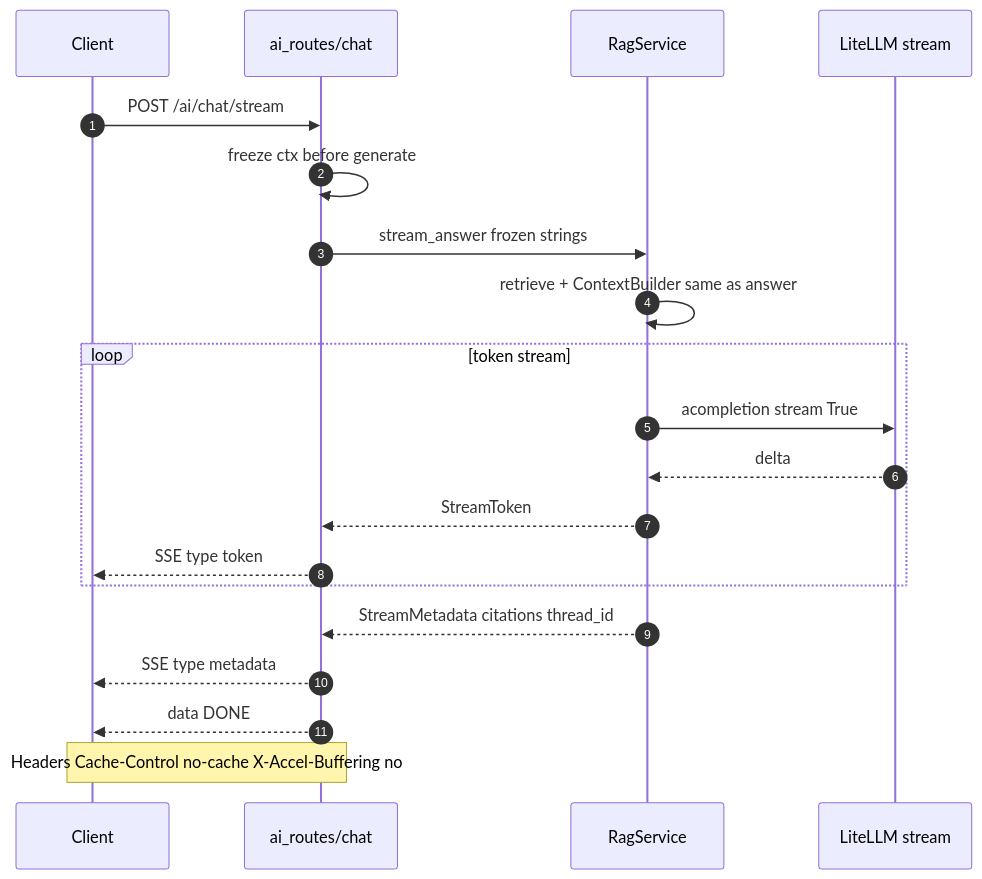
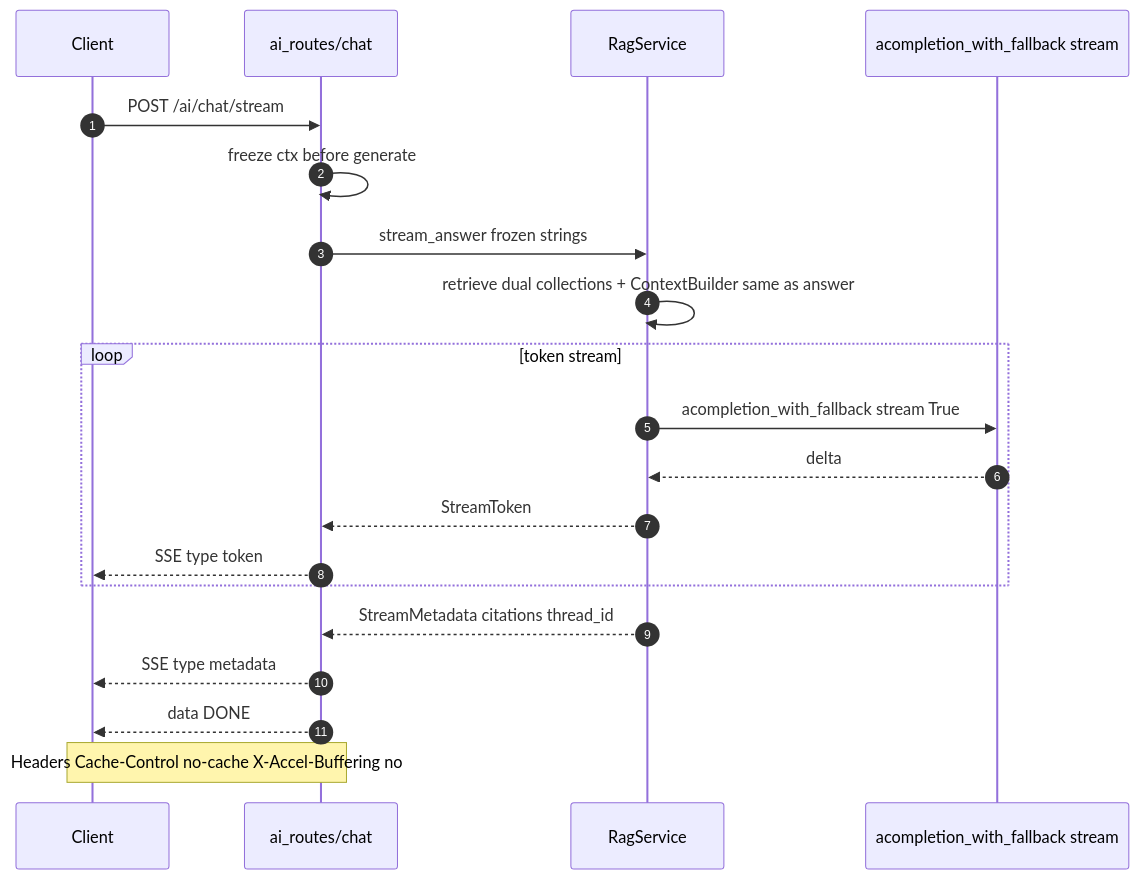
One commit to RudraPramanik/system-dashnote changed the seventh of 13 diagrams in docs/uml/diagrams.md. Above: the diagram before and after it, drawn with Mermaid. The commit also changed other lines of this file and 50 other files, not shown here.

````diff
--- a/docs/uml/diagrams.md
+++ b/docs/uml/diagrams.md
@@ -278,27 +285,27 @@
 ```mermaid
 sequenceDiagram
     autonumber
     participant C as Client
     participant RT as ai_routes/chat
     participant RS as RagService
-    participant LLM as LiteLLM stream
+    participant LLM as acompletion_with_fallback stream
 
     C->>RT: POST /ai/chat/stream
     RT->>RT: freeze ctx before generate
     RT->>RS: stream_answer frozen strings
 
-    RS->>RS: retrieve + ContextBuilder same as answer
+    RS->>RS: retrieve dual collections + ContextBuilder same as answer
 
     loop token stream
-        RS->>LLM: acompletion stream True
+        RS->>LLM: acompletion_with_fallback stream True
         LLM-->>RS: delta
         RS-->>RT: StreamToken
         RT-->>C: SSE type token
     end
 
     RS-->>RT: StreamMetadata citations thread_id
     RT-->>C: SSE type metadata
     RT-->>C: data DONE
 
     Note over RT,C: Headers Cache-Control no-cache X-Accel-Buffering no
 ```
````
